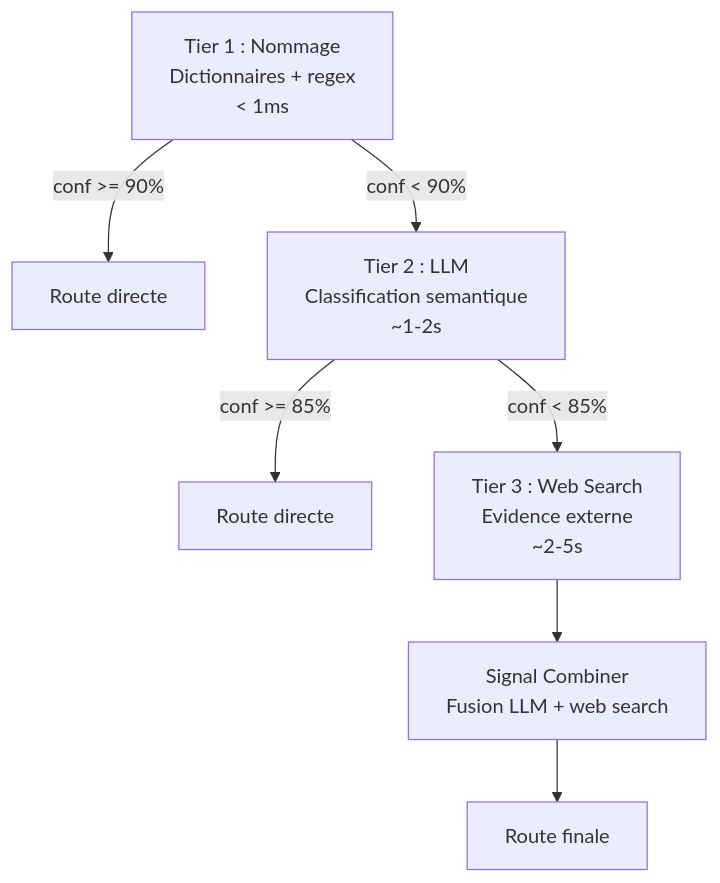
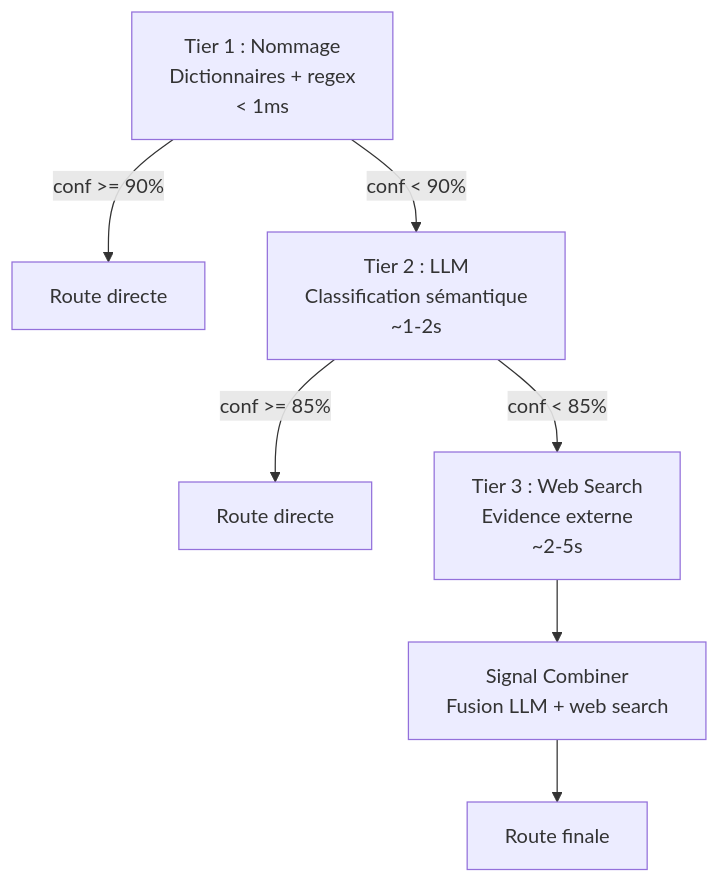
Before and after one commit to formicoidea/labre-mcp: the second of 2 diagrams in docs/technical/architecture.md, drawn with Mermaid. The commit also changed other lines of this file and 21 other files, not shown here.

````diff
--- a/docs/technical/architecture.md
+++ b/docs/technical/architecture.md
@@ -247,10 +109,10 @@
 ```mermaid
 flowchart TD
     T1["Tier 1 : Nommage\nDictionnaires + regex\n< 1ms"]
     T1 -->|"conf >= 90%"| Stop1["Route directe"]
-    T1 -->|"conf < 90%"| T2["Tier 2 : LLM\nClassification semantique\n~1-2s"]
+    T1 -->|"conf < 90%"| T2["Tier 2 : LLM\nClassification sémantique\n~1-2s"]
     T2 -->|"conf >= 85%"| Stop2["Route directe"]
     T2 -->|"conf < 85%"| T3["Tier 3 : Web Search\nEvidence externe\n~2-5s"]
     T3 --> SC["Signal Combiner\nFusion LLM + web search"]
     SC --> Route["Route finale"]
 ```
````
